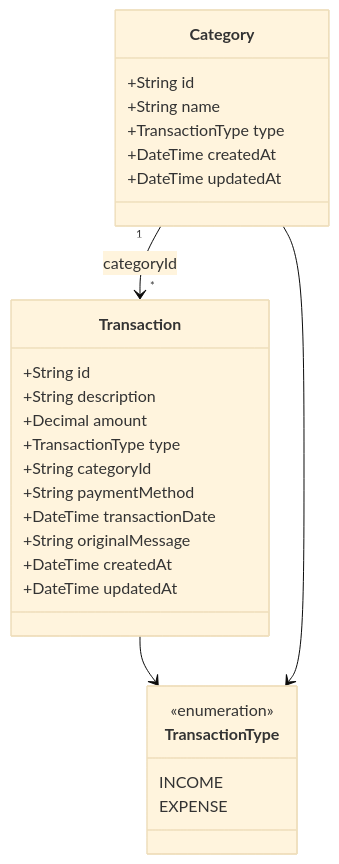
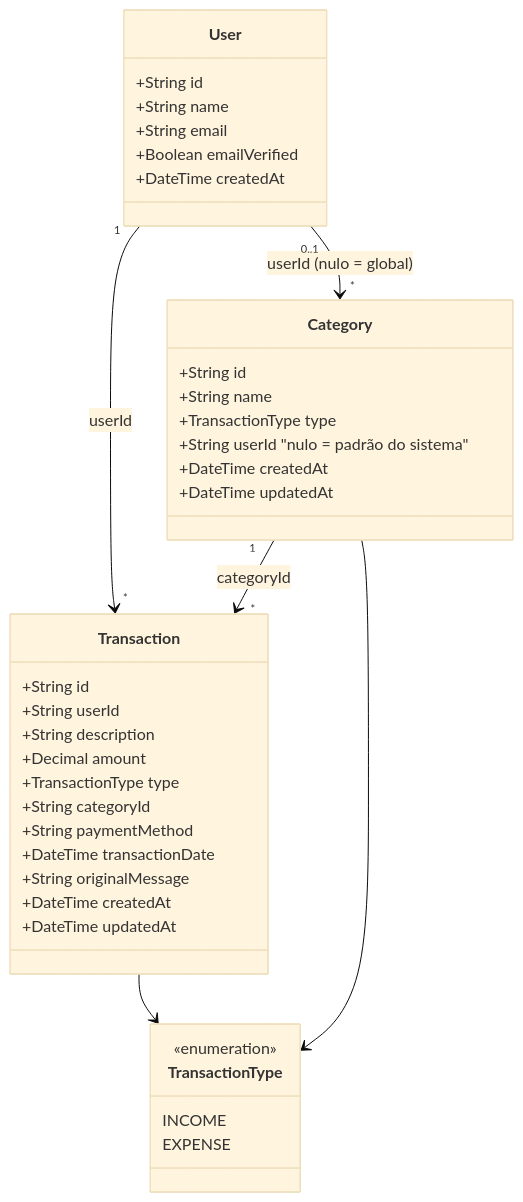
One commit to Xavier-sa/aprendizado changed the first of 3 diagrams in bot_wasxtech_finance/docs/uml.md. Above: the diagram before and after it, drawn with Mermaid (base theme). The commit also changed other lines of this file and 47 other files, not shown here.

````diff
--- a/bot_wasxtech_finance/docs/uml.md
+++ b/bot_wasxtech_finance/docs/uml.md
@@ -8,33 +8,45 @@
 ```mermaid
 classDiagram
     class TransactionType {
         <<enumeration>>
         INCOME
         EXPENSE
     }
 
+    class User {
+        +String id
+        +String name
+        +String email
+        +Boolean emailVerified
+        +DateTime createdAt
+    }
+
     class Category {
         +String id
         +String name
         +TransactionType type
+        +String userId "nulo = padrão do sistema"
         +DateTime createdAt
         +DateTime updatedAt
     }
 
     class Transaction {
         +String id
+        +String userId
         +String description
         +Decimal amount
         +TransactionType type
         +String categoryId
         +String paymentMethod
         +DateTime transactionDate
         +String originalMessage
         +DateTime createdAt
         +DateTime updatedAt
     }
 
+    User "1" --> "*" Transaction : userId
+    User "0..1" --> "*" Category : userId (nulo = global)
     Category "1" --> "*" Transaction : categoryId
     Transaction --> TransactionType
     Category --> TransactionType
 ```
````
